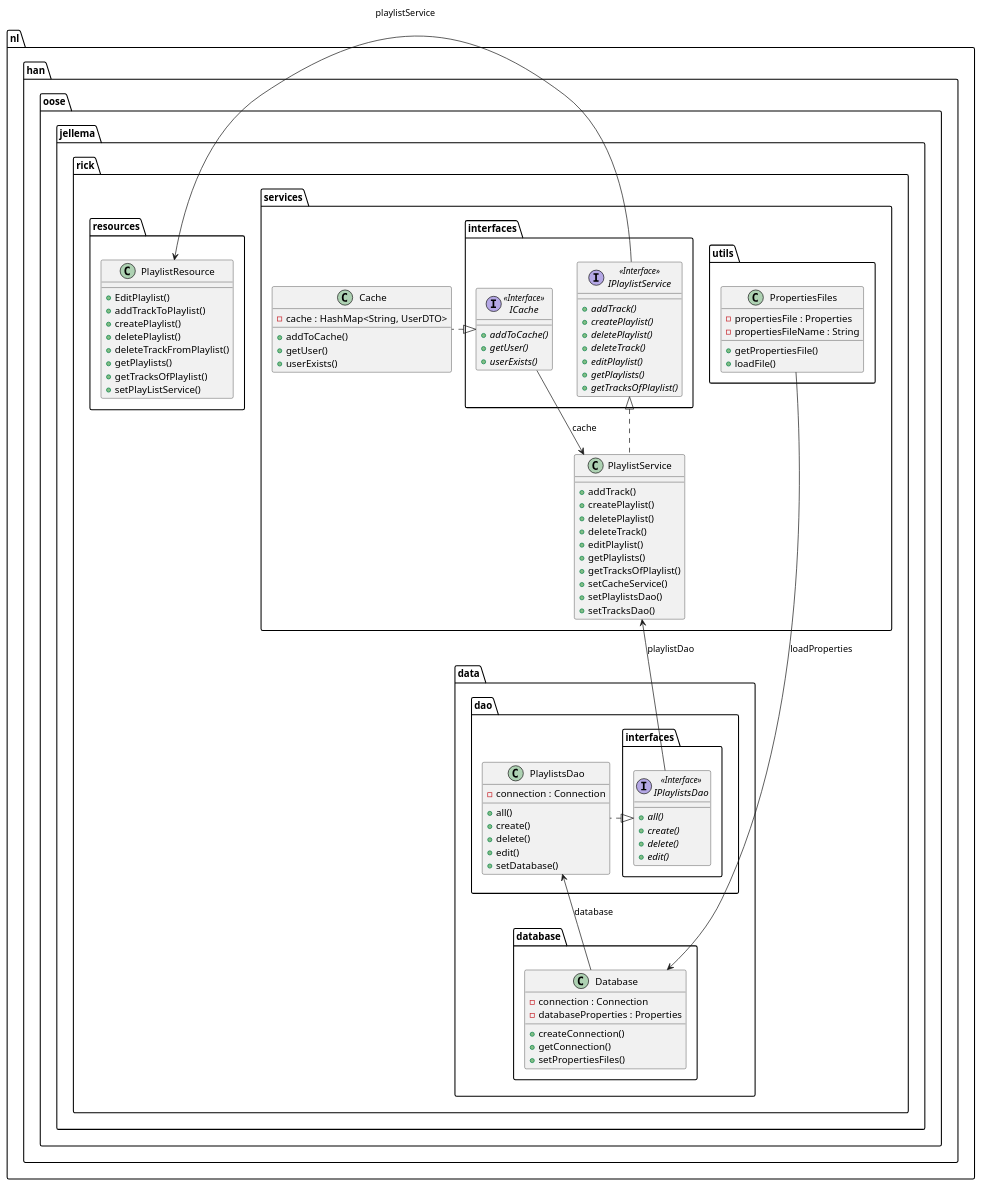
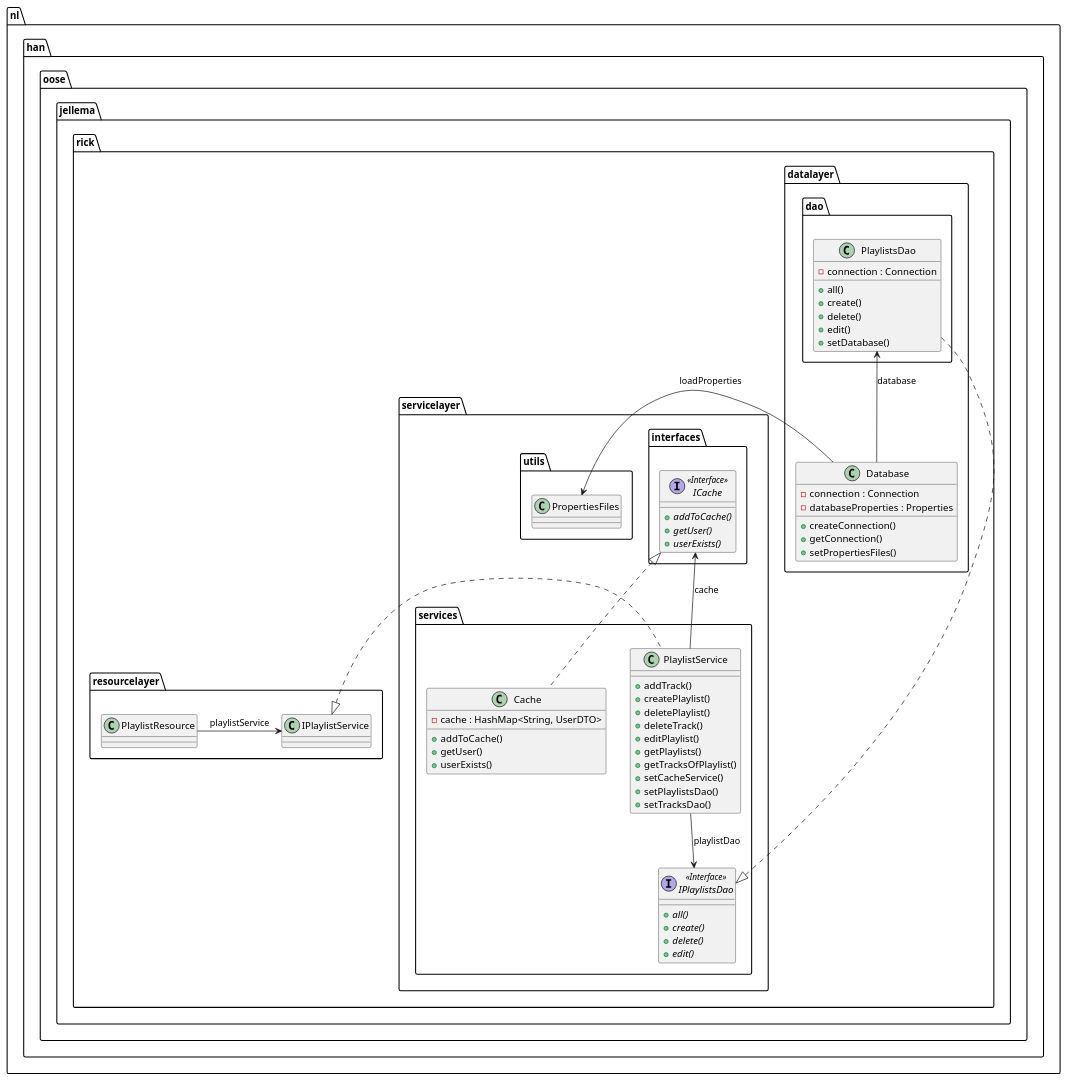
One commit to R-Jellema/HAN-DEA-Spotitube-Back-End-BP changed the diagram in src/main/uml/Package Diagram.puml. Above: the diagram before and after it, drawn with PlantUML. The commit also changed 303 other files, not shown here.

```diff
--- a/src/main/uml/Package Diagram.puml
+++ b/src/main/uml/Package Diagram.puml
@@ -1,110 +1,81 @@
 @startuml
 
-namespace nl.han.oose.jellema.rick.data {
-namespace nl.han.oose.jellema.rick.data.database {
-    class nl.han.oose.jellema.rick.data.database.Database {
+namespace nl.han.oose.jellema.rick.datalayer {
+    class nl.han.oose.jellema.rick.datalayer.Database {
         - connection : Connection
         - databaseProperties : Properties
         + createConnection()
         + getConnection()
         + setPropertiesFiles()
     }
-  }
-  namespace nl.han.oose.jellema.rick.data.dao {
-    class nl.han.oose.jellema.rick.data.dao.PlaylistsDao {
-        - connection : Connection
-        + all()
-        + create()
-        + delete()
-        + edit()
-        + setDatabase()
+    namespace nl.han.oose.jellema.rick.datalayer.dao{
+            class nl.han.oose.jellema.rick.datalayer.dao.PlaylistsDao {
+                - connection : Connection
+                + all()
+                + create()
+                + delete()
+                + edit()
+                + setDatabase()
+            }
     }
-
-    namespace interfaces {
-          interface IPlaylistsDao <<Interface>> {
-              {abstract} + all()
-              {abstract} + create()
-              {abstract} + delete()
-              {abstract} + edit()
-          }
-    }
-
-  }
   }
 
-  nl.han.oose.jellema.rick.data.dao.PlaylistsDao .left.|> nl.han.oose.jellema.rick.data.dao.interfaces.IPlaylistsDao
-  nl.han.oose.jellema.rick.data.dao.PlaylistsDao <-- nl.han.oose.jellema.rick.data.database.Database : database
+  nl.han.oose.jellema.rick.datalayer.dao.PlaylistsDao .right.|> nl.han.oose.jellema.rick.servicelayer.services.IPlaylistsDao
+  nl.han.oose.jellema.rick.datalayer.dao.PlaylistsDao <-- nl.han.oose.jellema.rick.datalayer.Database : database
 
 
-    namespace nl.han.oose.jellema.rick.services {
-    namespace nl.han.oose.jellema.rick.services.utils {
-        class nl.han.oose.jellema.rick.services.utils.PropertiesFiles {
-            - propertiesFile : Properties
-            - propertiesFileName : String
-            + getPropertiesFile()
-            + loadFile()
-          }
+    namespace nl.han.oose.jellema.rick.servicelayer {
+        namespace interfaces {
+                          interface ICache <<Interface>> {
+                              {abstract} + addToCache()
+                              {abstract} + getUser()
+                              {abstract} + userExists()
+                          }
+
         }
 
-      class Cache {
-          - cache : HashMap<String, UserDTO>
-          + addToCache()
-          + getUser()
-          + userExists()
-      }
+
+        namespace nl.han.oose.jellema.rick.servicelayer.services {
+
+         interface nl.han.oose.jellema.rick.servicelayer.services.IPlaylistsDao <<Interface>> {
+                               {abstract} + all()
+                               {abstract} + create()
+                               {abstract} + delete()
+                               {abstract} + edit()
+                           }
+         class Cache {
+                  - cache : HashMap<String, UserDTO>
+                  + addToCache()
+                  + getUser()
+                  + userExists()
+              }
 
         class PlaylistService {
-            + addTrack()
-            + createPlaylist()
-            + deletePlaylist()
-            + deleteTrack()
-            + editPlaylist()
-            + getPlaylists()
-            + getTracksOfPlaylist()
-            + setCacheService()
-            + setPlaylistsDao()
-            + setTracksDao()
+                + addTrack()
+                + createPlaylist()
+                + deletePlaylist()
+                + deleteTrack()
+                + editPlaylist()
+                + getPlaylists()
+                + getTracksOfPlaylist()
+                + setCacheService()
+                + setPlaylistsDao()
+                + setTracksDao()
+            }
         }
 
-            namespace interfaces {
-              interface ICache <<Interface>> {
-                  {abstract} + addToCache()
-                  {abstract} + getUser()
-                  {abstract} + userExists()
-              }
 
-              interface IPlaylistService <<Interface>> {
-                  {abstract} + addTrack()
-                  {abstract} + createPlaylist()
-                  {abstract} + deletePlaylist()
-                  {abstract} + deleteTrack()
-                  {abstract} + editPlaylist()
-                  {abstract} + getPlaylists()
-                  {abstract} + getTracksOfPlaylist()
-              }
-            }
-      }
- nl.han.oose.jellema.rick.data.database.Database <-right- nl.han.oose.jellema.rick.services.utils.PropertiesFiles : loadProperties
 
-      nl.han.oose.jellema.rick.services.Cache .left.|> nl.han.oose.jellema.rick.services.interfaces.ICache
-      nl.han.oose.jellema.rick.services.PlaylistService .left.|> nl.han.oose.jellema.rick.services.interfaces.IPlaylistService
-      nl.han.oose.jellema.rick.services.PlaylistService <-- nl.han.oose.jellema.rick.data.dao.interfaces.IPlaylistsDao : playlistDao
-      nl.han.oose.jellema.rick.services.interfaces.ICache --> nl.han.oose.jellema.rick.services.PlaylistService : cache
+ nl.han.oose.jellema.rick.datalayer.Database -right-> nl.han.oose.jellema.rick.servicelayer.utils.PropertiesFiles : loadProperties
 
-        namespace nl.han.oose.jellema.rick.resources {
-          class nl.han.oose.jellema.rick.resources.PlaylistResource {
-              + EditPlaylist()
-              + addTrackToPlaylist()
-              + createPlaylist()
-              + deletePlaylist()
-              + deleteTrackFromPlaylist()
-              + getPlaylists()
-              + getTracksOfPlaylist()
-              + setPlayListService()
-          }
-        }
+      nl.han.oose.jellema.rick.servicelayer.services.PlaylistService --> nl.han.oose.jellema.rick.servicelayer.services.IPlaylistsDao : playlistDao
+      nl.han.oose.jellema.rick.servicelayer.services.Cache .left.|> nl.han.oose.jellema.rick.servicelayer.interfaces.ICache
+      nl.han.oose.jellema.rick.servicelayer.services.PlaylistService .left.|> nl.han.oose.jellema.rick.resourcelayer.IPlaylistService
+      nl.han.oose.jellema.rick.servicelayer.interfaces.ICache <-- nl.han.oose.jellema.rick.servicelayer.services.PlaylistService : cache
 
-        nl.han.oose.jellema.rick.resources.PlaylistResource <-right- nl.han.oose.jellema.rick.services.interfaces.IPlaylistService : playlistService
+
+
+        nl.han.oose.jellema.rick.resourcelayer.PlaylistResource -right-> nl.han.oose.jellema.rick.resourcelayer.IPlaylistService : playlistService
 
 
 @enduml
```
